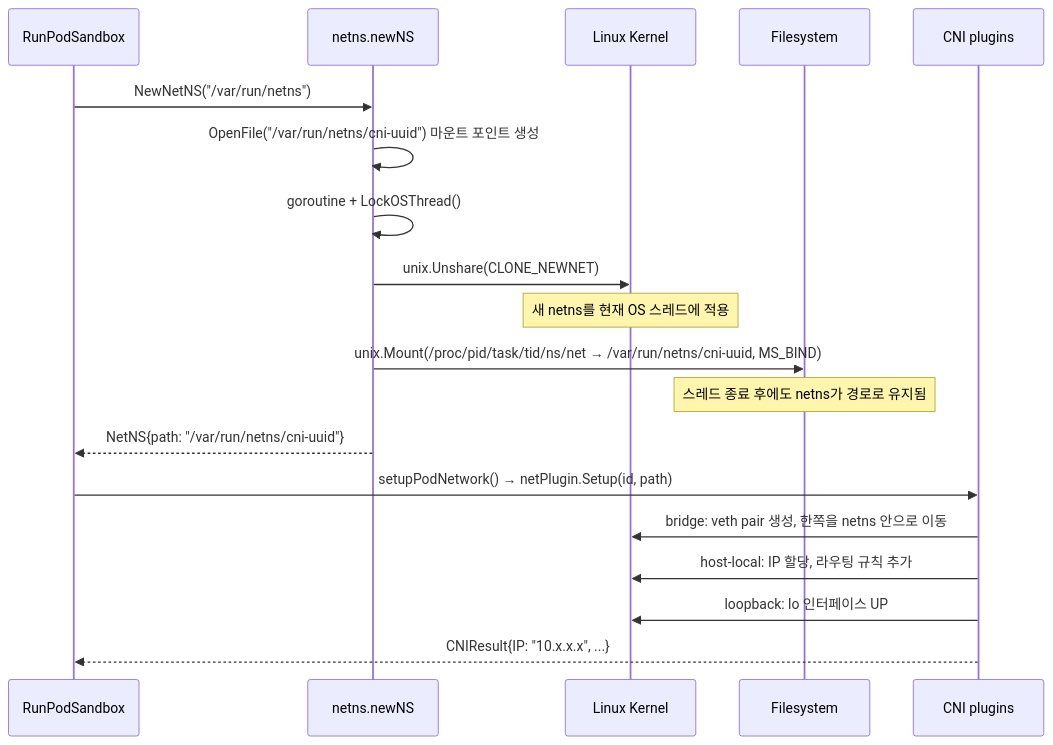
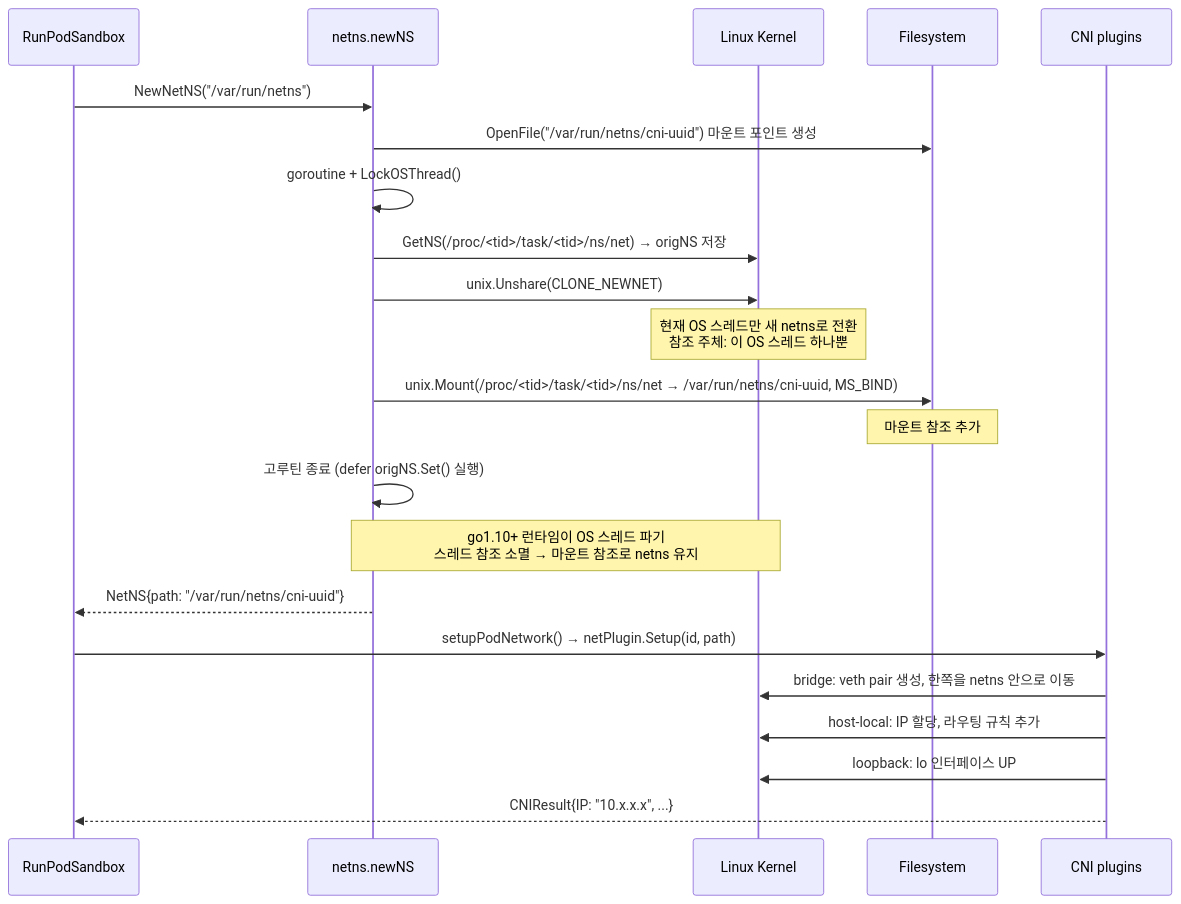
One commit to atgane/atgane.github.io changed the first of 3 diagrams in w/pending/2026-03-23-kubelet-cri3.md. Above: the diagram before and after it, drawn with Mermaid. The commit also changed other lines of this file, not shown here.

Commit message:
Clarify responsibilities of containerd and CNI plugins in network setup process

````diff
--- a/w/pending/2026-03-23-kubelet-cri3.md
+++ b/w/pending/2026-03-23-kubelet-cri3.md
@@ -484,23 +559,26 @@
 ```mermaid
 sequenceDiagram
     participant R as RunPodSandbox
     participant N as netns.newNS
     participant K as Linux Kernel
     participant F as Filesystem
     participant C as CNI plugins
 
     R->>N: NewNetNS("/var/run/netns")
-    N->>N: OpenFile("/var/run/netns/cni-uuid") 마운트 포인트 생성
+    N->>F: OpenFile("/var/run/netns/cni-uuid") 마운트 포인트 생성
     N->>N: goroutine + LockOSThread()
+    N->>K: GetNS(/proc/<tid>/task/<tid>/ns/net) → origNS 저장
     N->>K: unix.Unshare(CLONE_NEWNET)
-    Note over K: 새 netns를 현재 OS 스레드에 적용
-    N->>F: unix.Mount(/proc/pid/task/tid/ns/net → /var/run/netns/cni-uuid, MS_BIND)
-    Note over F: 스레드 종료 후에도 netns가 경로로 유지됨
+    Note over K: 현재 OS 스레드만 새 netns로 전환<br/>참조 주체: 이 OS 스레드 하나뿐
+    N->>F: unix.Mount(/proc/<tid>/task/<tid>/ns/net → /var/run/netns/cni-uuid, MS_BIND)
+    Note over F: 마운트 참조 추가
+    N->>N: 고루틴 종료 (defer origNS.Set() 실행)
+    Note over N,K: go1.10+ 런타임이 OS 스레드 파기<br/>스레드 참조 소멸 → 마운트 참조로 netns 유지
     N-->>R: NetNS{path: "/var/run/netns/cni-uuid"}
 
     R->>C: setupPodNetwork() → netPlugin.Setup(id, path)
     C->>K: bridge: veth pair 생성, 한쪽을 netns 안으로 이동
     C->>K: host-local: IP 할당, 라우팅 규칙 추가
     C->>K: loopback: lo 인터페이스 UP
     C-->>R: CNIResult{IP: "10.x.x.x", ...}
 ```
````
